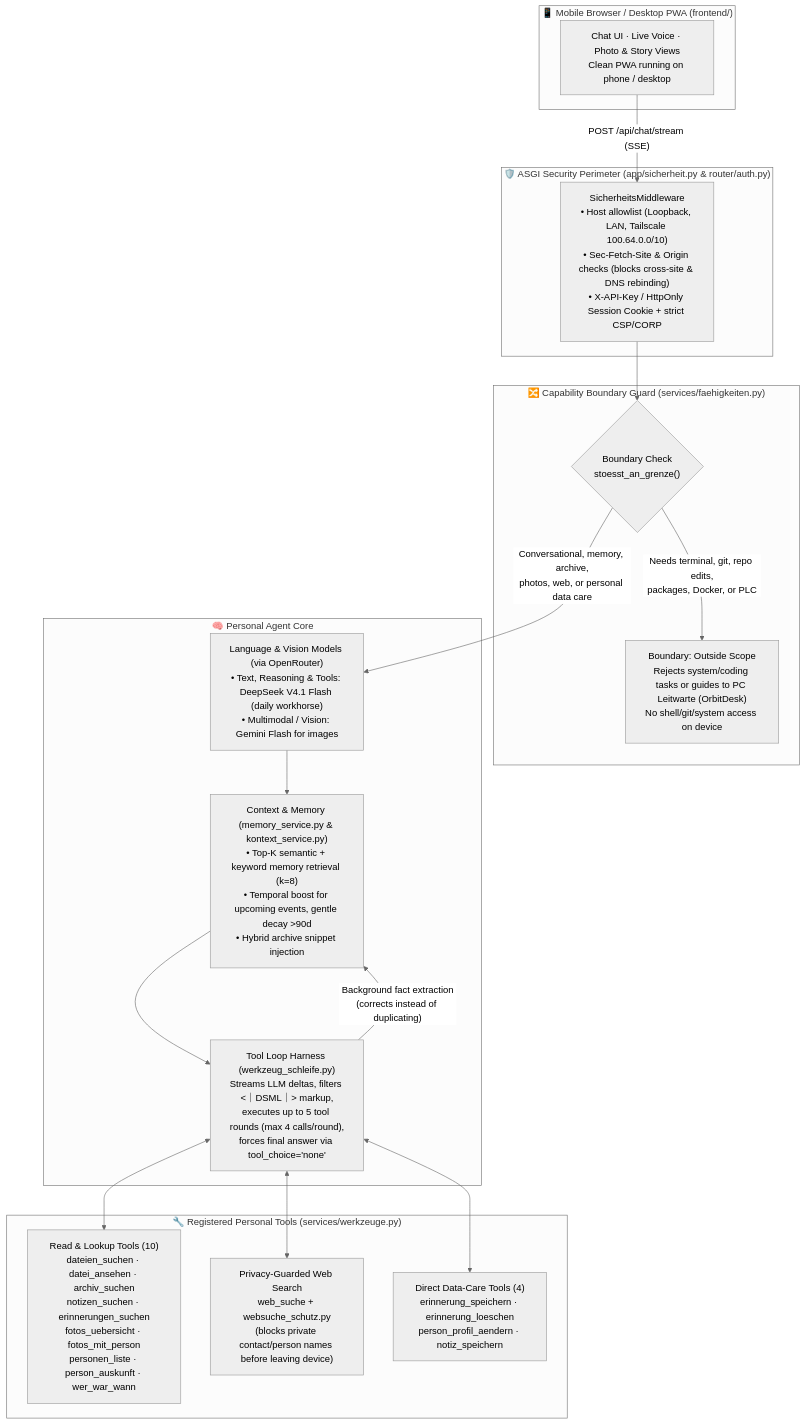
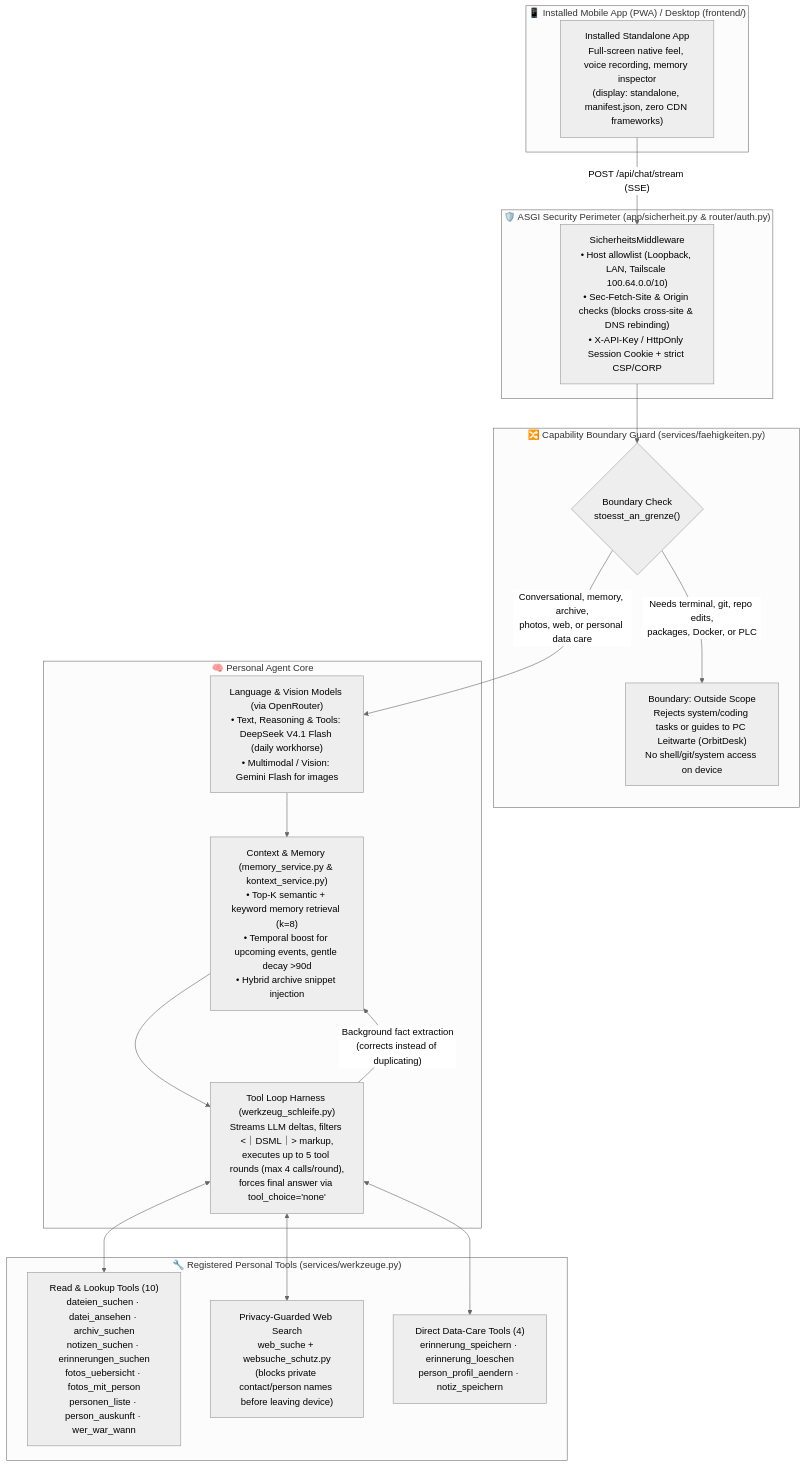
The diagram in projects/personal-ai-agent/README.md (HeartledAgentEngineer/agentic-ai-software-engineering), drawn with Mermaid (neutral theme) before and after one commit. The commit also changed 3 other files, not shown here.

Commit message:
feat(typefree): add animated dictation and tray demo GIF and clarify mobile PWA standalone mode

````diff
--- a/projects/personal-ai-agent/README.md
+++ b/projects/personal-ai-agent/README.md
@@ -26,38 +26,38 @@
 ```mermaid
 flowchart TB
-    subgraph Client["📱 Mobile Browser / Desktop PWA (frontend/)"]
-        UI["Chat UI · Live Voice · Photo & Story Views\nClean PWA running on phone / desktop"]
+    subgraph Client["📱 Installed Mobile App (PWA) / Desktop (frontend/)"]
+        UI["Installed Standalone App\nFull-screen native feel, voice recording, memory inspector\n(display: standalone, manifest.json, zero CDN frameworks)"]
     end
 
     subgraph Security["🛡️ ASGI Security Perimeter (app/sicherheit.py & router/auth.py)"]
         SecMW["SicherheitsMiddleware\n• Host allowlist (Loopback, LAN, Tailscale 100.64.0.0/10)\n• Sec-Fetch-Site & Origin checks (blocks cross-site & DNS rebinding)\n• X-API-Key / HttpOnly Session Cookie + strict CSP/CORP"]
     end
 
     subgraph Router["🔀 Capability Boundary Guard (services/faehigkeiten.py)"]
         Boundary{"Boundary Check\nstoesst_an_grenze()"}
         BoundaryOut["Boundary: Outside Scope\nRejects system/coding tasks or guides to PC Leitwarte (OrbitDesk)\nNo shell/git/system access on device"]
     end
 
     subgraph AgentCore["🧠 Personal Agent Core"]
         Model["Language & Vision Models (via OpenRouter)\n• Text, Reasoning & Tools: DeepSeek V4.1 Flash (daily workhorse)\n• Multimodal / Vision: Gemini Flash for images"]
         Context["Context & Memory (memory_service.py & kontext_service.py)\n• Top-K semantic + keyword memory retrieval (k=8)\n• Temporal boost for upcoming events, gentle decay >90d\n• Hybrid archive snippet injection"]
         ToolLoop["Tool Loop Harness (werkzeug_schleife.py)\nStreams LLM deltas, filters <｜DSML｜> markup,\nexecutes up to 5 tool rounds (max 4 calls/round),\nforces final answer via tool_choice='none'"]
     end
 
     subgraph Tools["🔧 Registered Personal Tools (services/werkzeuge.py)"]
         ReadTools["Read & Lookup Tools (10)\ndateien_suchen · datei_ansehen · archiv_suchen\nnotizen_suchen · erinnerungen_suchen\nfotos_uebersicht · fotos_mit_person\npersonen_liste · person_auskunft · wer_war_wann"]
         WebTool["Privacy-Guarded Web Search\nweb_suche + websuche_schutz.py\n(blocks private contact/person names before leaving device)"]
         WriteTools["Direct Data-Care Tools (4)\nerinnerung_speichern · erinnerung_loeschen\nperson_profil_aendern · notiz_speichern"]
     end
 
     UI -->|"POST /api/chat/stream (SSE)"| SecMW
     SecMW --> Boundary
     Boundary -->|"Needs terminal, git, repo edits,\npackages, Docker, or PLC"| BoundaryOut
     Boundary -->|"Conversational, memory, archive,\nphotos, web, or personal data care"| Model
     Model --> Context
     Context --> ToolLoop
     ToolLoop <--> ReadTools
     ToolLoop <--> WebTool
     ToolLoop <--> WriteTools
     ToolLoop -->|"Background fact extraction\n(corrects instead of duplicating)"| Context
 ```
````
